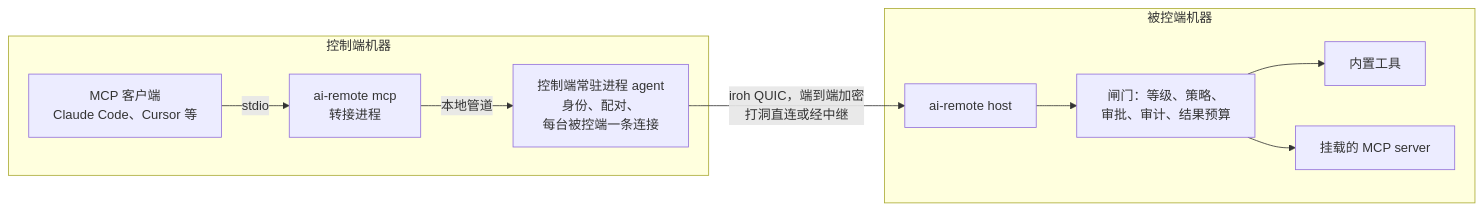
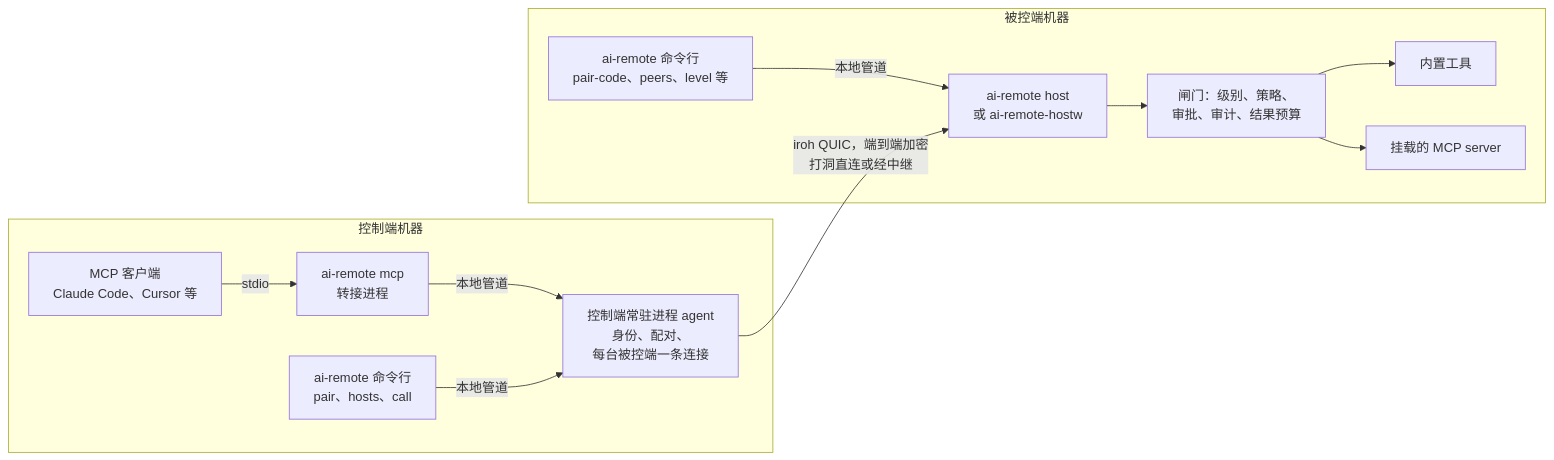
One commit to JIA-ss/ai-remote changed the diagram in docs/architecture.zh-CN.md. Above: the diagram before and after it, drawn with Mermaid. The commit also changed other lines of this file and 16 other files, not shown here.

````diff
--- a/docs/architecture.zh-CN.md
+++ b/docs/architecture.zh-CN.md
@@ -34,13 +38,15 @@
 ```mermaid
 flowchart LR
   subgraph 控制端机器
     A[MCP 客户端<br/>Claude Code、Cursor 等] -- stdio --> S[ai-remote mcp<br/>转接进程]
     S -- 本地管道 --> G[控制端常驻进程 agent<br/>身份、配对、<br/>每台被控端一条连接]
+    CC[ai-remote 命令行<br/>pair、hosts、call] -- 本地管道 --> G
   end
   subgraph 被控端机器
-    H[ai-remote host] --> GATE[闸门：等级、策略、<br/>审批、审计、结果预算]
+    HC[ai-remote 命令行<br/>pair-code、peers、level 等] -- 本地管道 --> H
+    H[ai-remote host<br/>或 ai-remote-hostw] --> GATE[闸门：级别、策略、<br/>审批、审计、结果预算]
     GATE --> T[内置工具]
     GATE --> M[挂载的 MCP server]
   end
   G -- "iroh QUIC，端到端加密<br/>打洞直连或经中继" --> H
 ```
````
